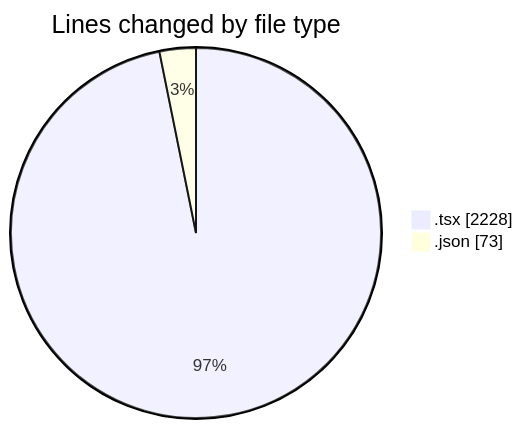
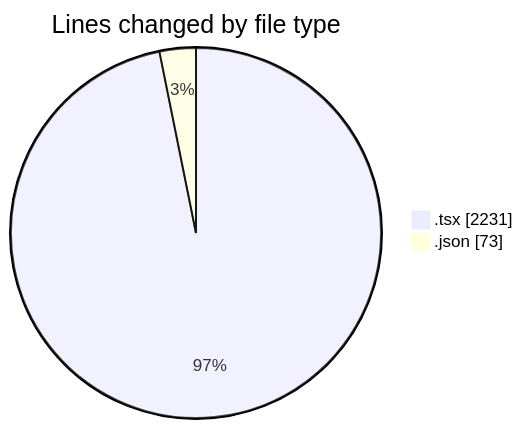
Before and after one commit to momahboobian/code-tracking: the first of 2 diagrams in 2025-10-02/cda/README.md, drawn with Mermaid. The commit also changed other lines of this file and 1 other file, not shown here.

````diff
--- a/2025-10-02/cda/README.md
+++ b/2025-10-02/cda/README.md
@@ -23,6 +23,6 @@
 ```mermaid
 pie showData
 title Lines changed by file type
-".tsx" : 2228
+".tsx" : 2231
 ".json" : 73
 ```
````
